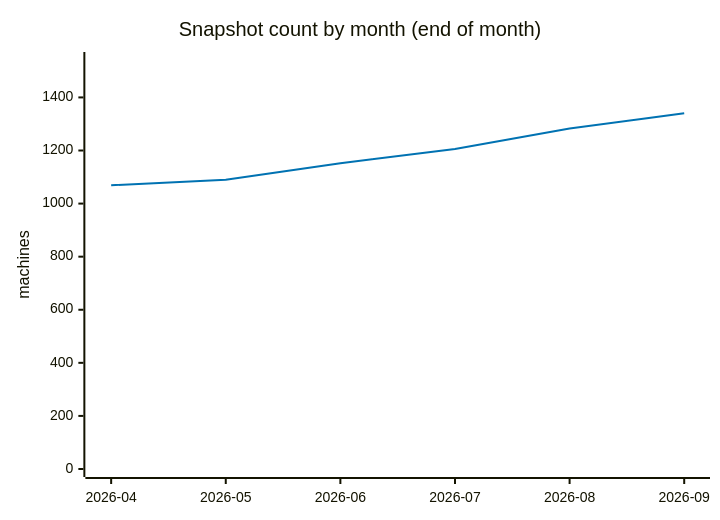
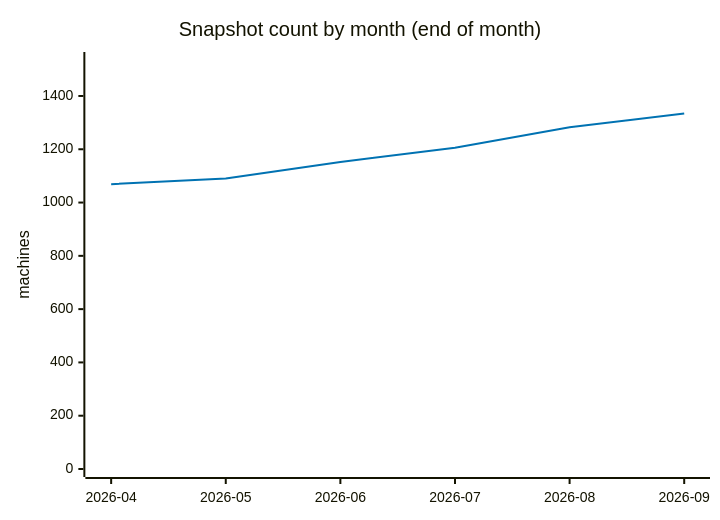
One commit to cheeaun/returnright-data changed the fourth of 5 diagrams in ANALYSIS.md. Above: the diagram before and after it, drawn with Mermaid. The commit also changed other lines of this file and 3 other files, not shown here.

````diff
--- a/ANALYSIS.md
+++ b/ANALYSIS.md
@@ -291,13 +204,13 @@
 ```mermaid
 ---
 config:
   themeVariables:
     xyChart:
       plotColorPalette: "#0072B2"
 ---
 xychart-beta
     title "Snapshot count by month (end of month)"
     x-axis ["2026-04", "2026-05", "2026-06", "2026-07", "2026-08", "2026-09"]
-    y-axis "machines" 0 --> 1541
-    line [1069, 1090, 1152, 1206, 1283, 1340]
+    y-axis "machines" 0 --> 1535
+    line [1069, 1090, 1152, 1206, 1283, 1334]
 ```
````
